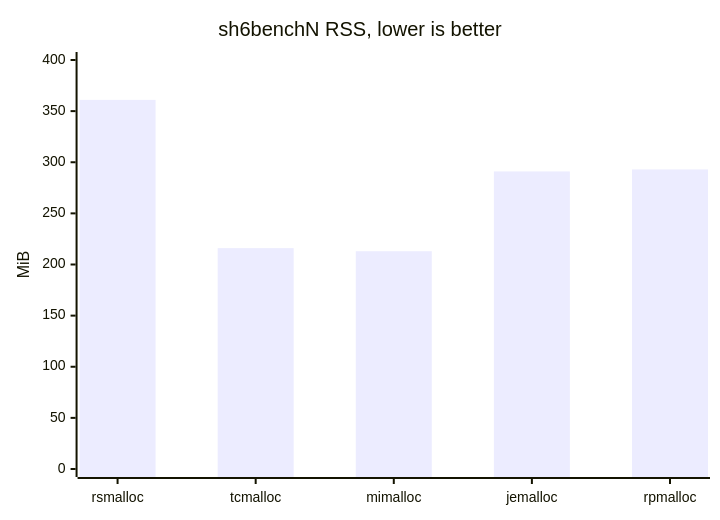
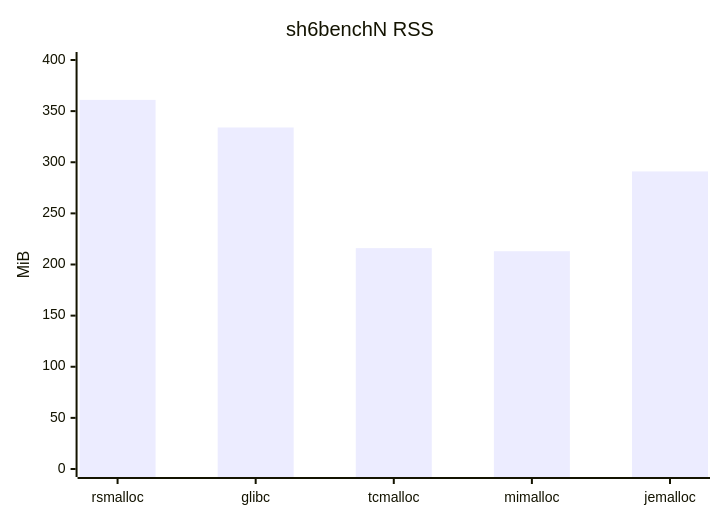
The sixth of 8 diagrams in benchmarks/benchmarks.md (Metehan120/rsmalloc), drawn with Mermaid before and after one commit. The commit also changed other lines of this file and 171 other files, not shown here.

````diff
--- a/benchmarks/benchmarks.md
+++ b/benchmarks/benchmarks.md
@@ -150,7 +125,7 @@
 ```mermaid
 xychart-beta
-    title "sh6benchN RSS, lower is better"
-    x-axis [rsmalloc, tcmalloc, mimalloc, jemalloc, rpmalloc]
+    title "sh6benchN RSS"
+    x-axis [rsmalloc, glibc, tcmalloc, mimalloc, jemalloc]
     y-axis "MiB" 0 --> 400
-    bar [361, 216, 213, 291, 293]
+    bar [361, 334, 216, 213, 291]
 ```
````
